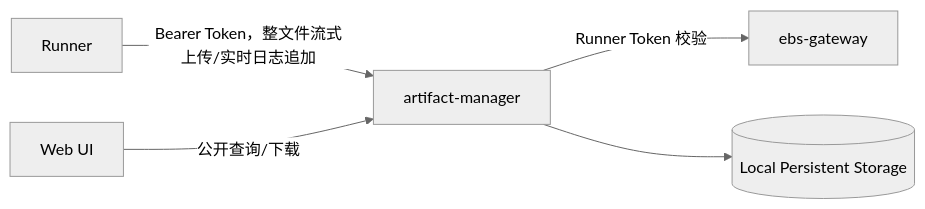
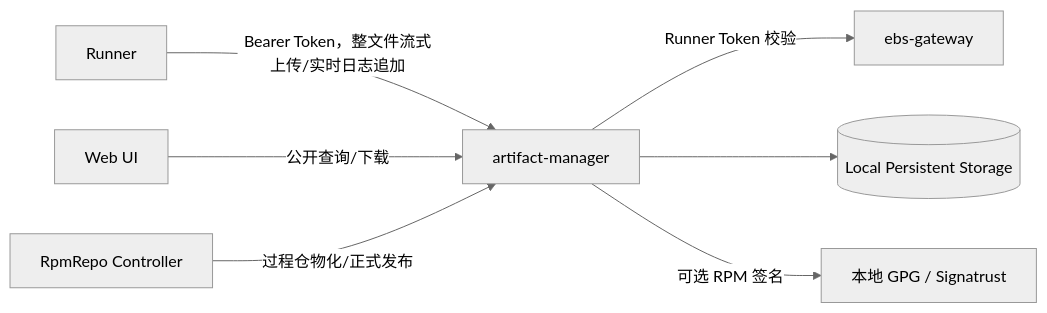
One commit to openeuler-mirror/EulerMaker changed the diagram in docs/zh/design/artifact-manager.md. Above: the diagram before and after it, drawn with Mermaid (neutral theme). The commit also changed other lines of this file and 17 other files, not shown here.

````diff
--- a/docs/zh/design/artifact-manager.md
+++ b/docs/zh/design/artifact-manager.md
@@ -28,7 +28,9 @@
 ```mermaid
 graph LR
     R[Runner] -->|Bearer Token，整文件流式上传/实时日志追加| AM[artifact-manager]
     AM -->|Runner Token 校验| G[ebs-gateway]
     AM --> FS[(Local Persistent Storage)]
     UI[Web UI] -->|公开查询/下载| AM
+    C[RpmRepo Controller] -->|过程仓物化/正式发布| AM
+    AM -->|可选 RPM 签名| S[本地 GPG / Signatrust]
 ```
````
